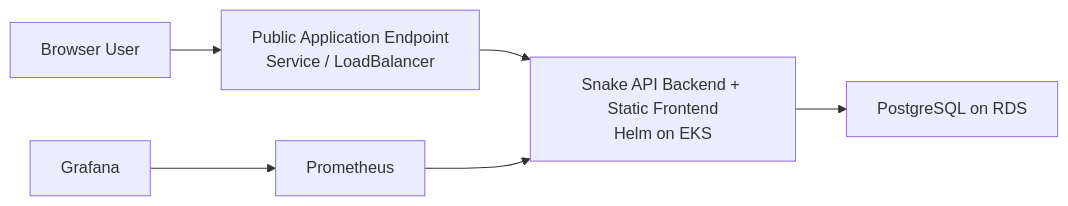
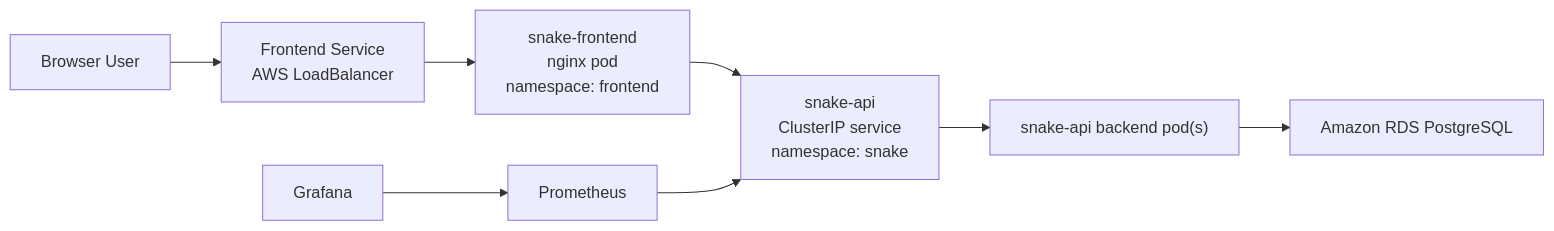
The first of 2 diagrams in docs/architecture.md (ivanmarceta/incode-assignment), drawn with Mermaid before and after one commit. The commit also changed other lines of this file and 10 other files, not shown here.

````diff
--- a/docs/architecture.md
+++ b/docs/architecture.md
@@ -7,8 +7,10 @@
 ```mermaid
 flowchart LR
-    User["Browser User"] --> BackendLB["Public Application Endpoint<br/>Service / LoadBalancer"]
-    BackendLB --> Backend["Snake API Backend + Static Frontend<br/>Helm on EKS"]
-    Backend --> RDS["PostgreSQL on RDS"]
-    Prom["Prometheus"] --> Backend
+    User["Browser User"] --> FrontLB["Frontend Service<br/>AWS LoadBalancer"]
+    FrontLB --> FrontPod["snake-frontend<br/>nginx pod<br/>namespace: frontend"]
+    FrontPod --> BackSvc["snake-api<br/>ClusterIP service<br/>namespace: snake"]
+    BackSvc --> BackPod["snake-api backend pod(s)"]
+    BackPod --> RDS["Amazon RDS PostgreSQL"]
+    Prom["Prometheus"] --> BackSvc
     Graf["Grafana"] --> Prom
 ```
````
